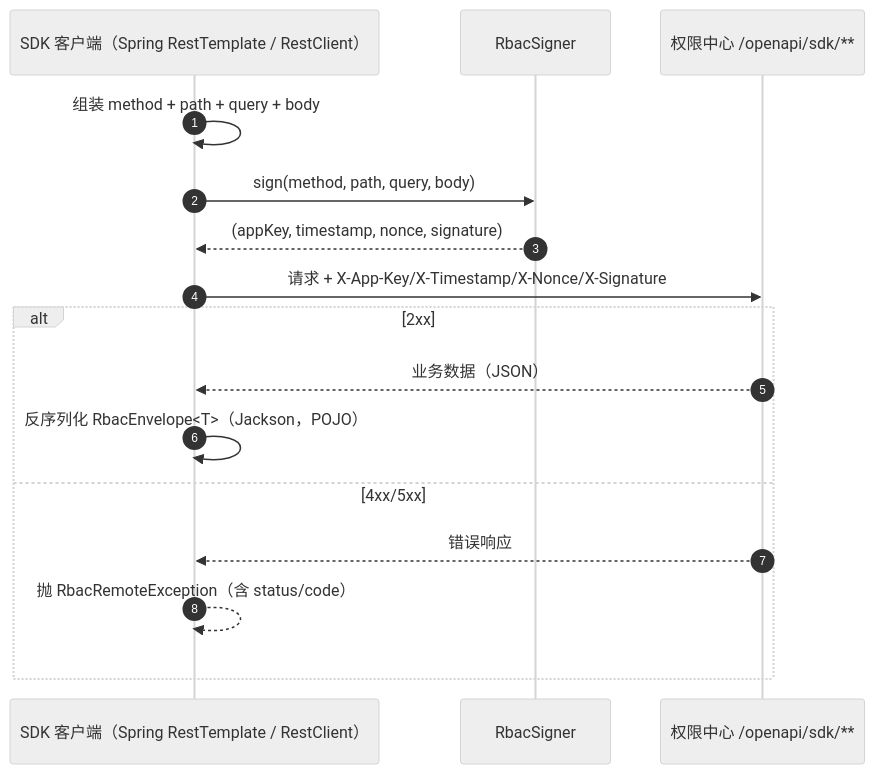
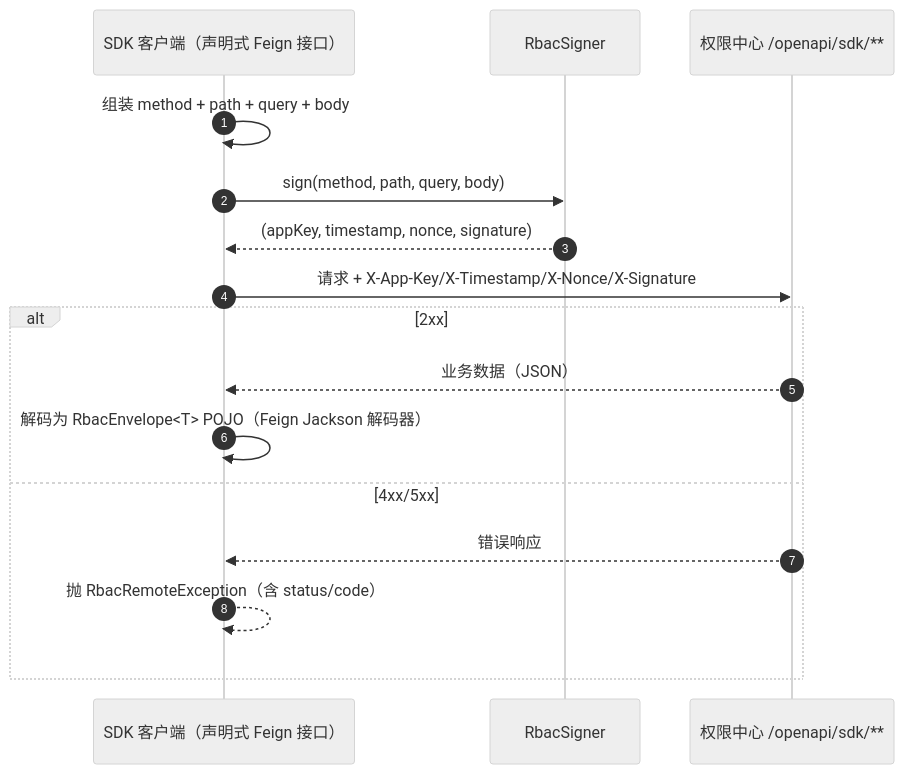
Diagram 35 of 41 in docs/architecture.md (battleman1994/telbank-rbac), drawn with Mermaid (neutral theme) before and after one commit. The commit also changed other lines of this file and 24 other files, not shown here.

First line of the commit message:
refactor(sdk): 开放接口改为声明式 Feign interface（A23）

````diff
--- a/docs/architecture.md
+++ b/docs/architecture.md
@@ -2334,19 +2335,19 @@
 ```mermaid
 sequenceDiagram
     autonumber
-    participant SDK as SDK 客户端（Spring RestTemplate / RestClient）
+    participant SDK as SDK 客户端（声明式 Feign 接口）
     participant SG as RbacSigner
     participant API as 权限中心 /openapi/sdk/**
 
     SDK->>SDK: 组装 method + path + query + body
     SDK->>SG: sign(method, path, query, body)
     SG-->>SDK: (appKey, timestamp, nonce, signature)
     SDK->>API: 请求 + X-App-Key/X-Timestamp/X-Nonce/X-Signature
     alt 2xx
         API-->>SDK: 业务数据（JSON）
-        SDK->>SDK: 反序列化 RbacEnvelope<T>（Jackson，POJO）
+        SDK->>SDK: 解码为 RbacEnvelope<T> POJO（Feign Jackson 解码器）
     else 4xx/5xx
         API-->>SDK: 错误响应
         SDK-->>SDK: 抛 RbacRemoteException（含 status/code）
     end
 ```
````
